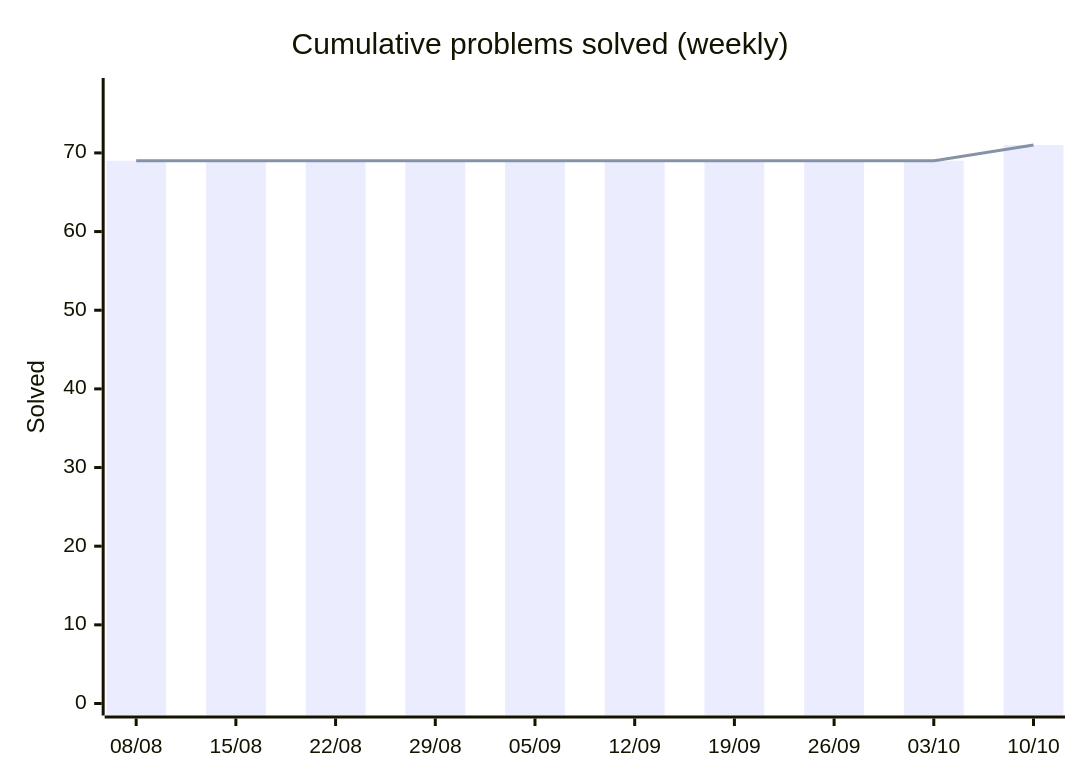
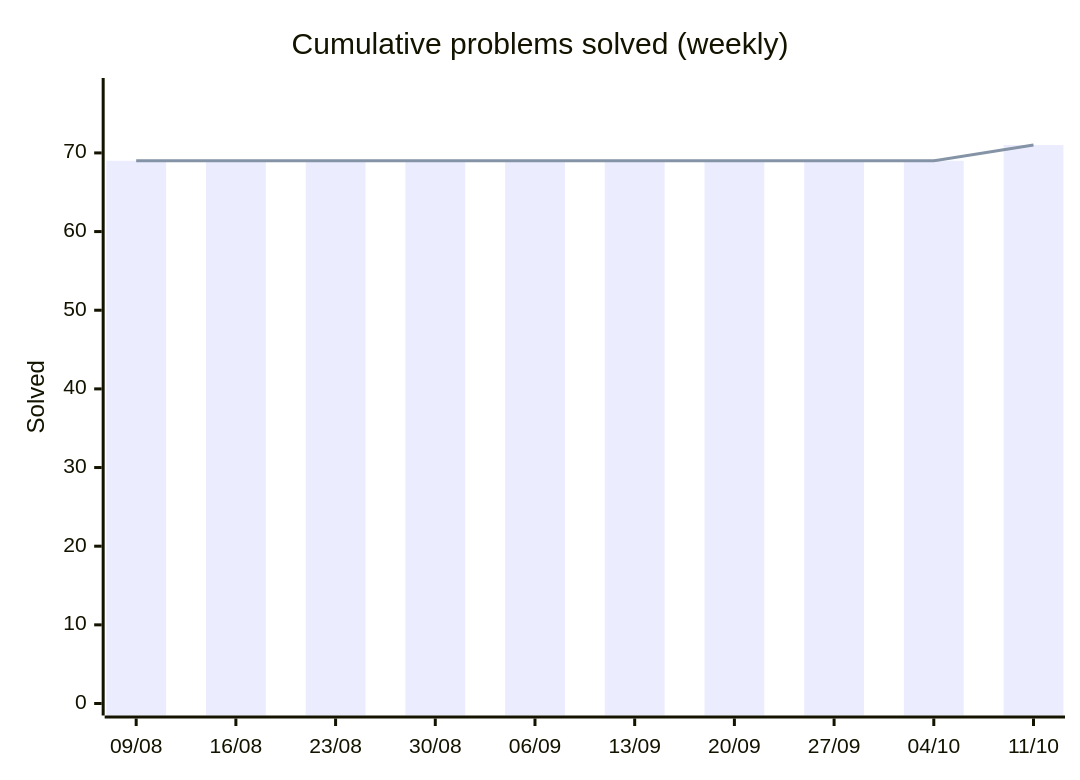
One commit to HarryTrn/TensorTonic-Solutions changed the first of 2 diagrams in README.md. Above: the diagram before and after it, drawn with Mermaid. The commit also changed other lines of this file, not shown here.

Commit message:
docs: auto-update README [skip ci]

````diff
--- a/README.md
+++ b/README.md
@@ -65,8 +65,8 @@
 ```mermaid
 xychart-beta
     title "Cumulative problems solved (weekly)"
-    x-axis ["08/08", "15/08", "22/08", "29/08", "05/09", "12/09", "19/09", "26/09", "03/10", "10/10"]
+    x-axis ["09/08", "16/08", "23/08", "30/08", "06/09", "13/09", "20/09", "27/09", "04/10", "11/10"]
     y-axis "Solved" 0 --> 78
     bar [69, 69, 69, 69, 69, 69, 69, 69, 69, 71]
     line [69, 69, 69, 69, 69, 69, 69, 69, 69, 71]
 ```
````
